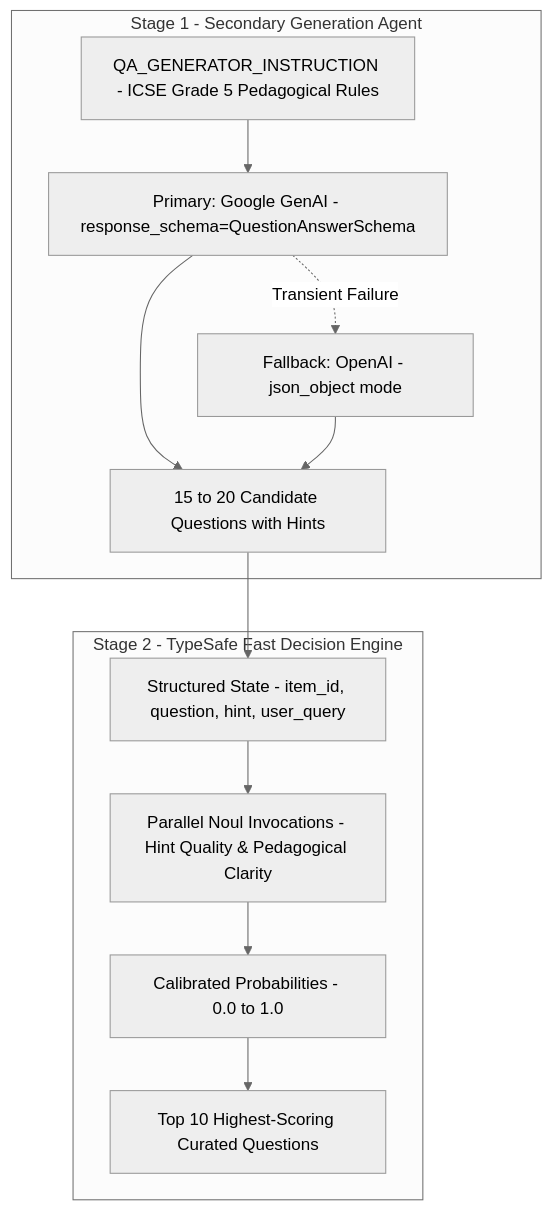
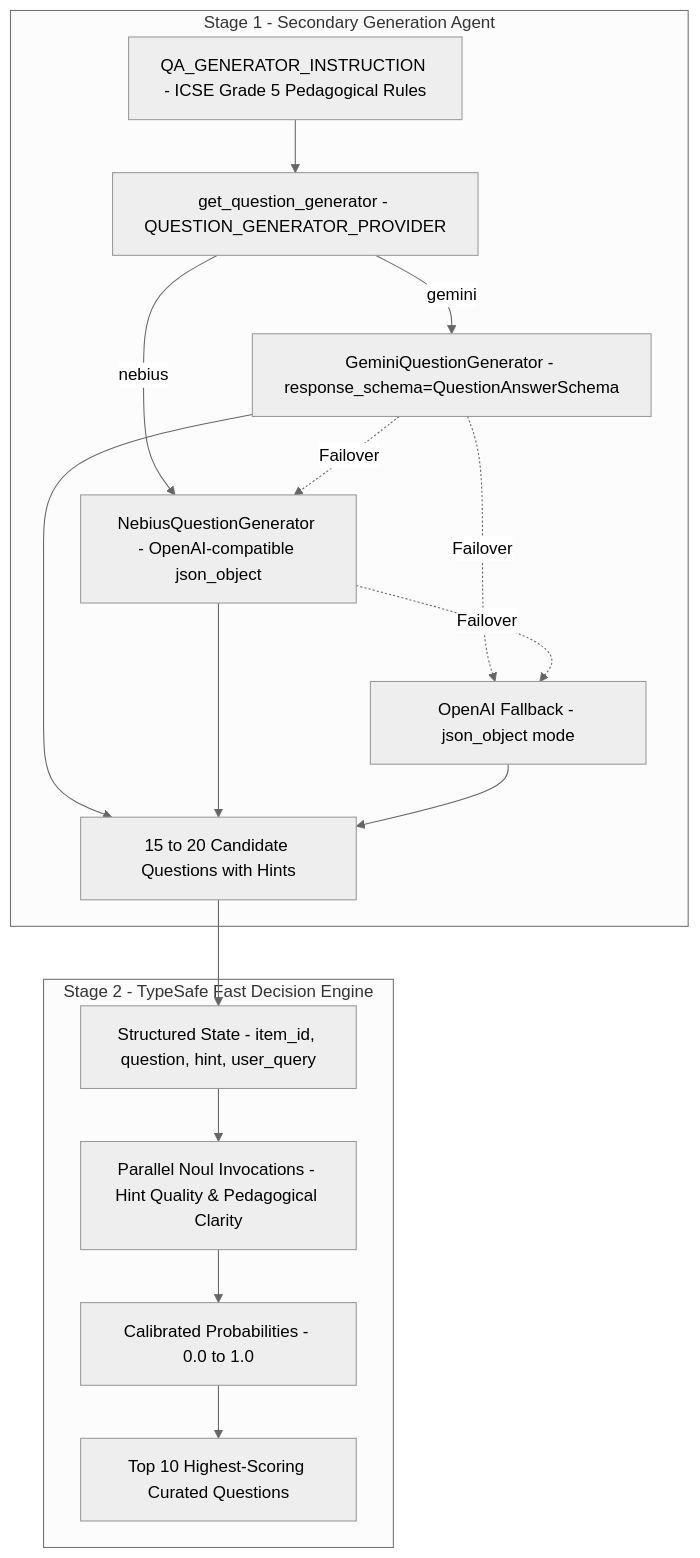
The diagram in docs/question-generation.mdx (AmritSDutta/Aryhant), drawn with Mermaid (neutral theme) before and after one commit. The commit also changed other lines of this file and 11 other files, not shown here.

````diff
--- a/docs/question-generation.mdx
+++ b/docs/question-generation.mdx
@@ -12,23 +14,30 @@
 ```mermaid
 flowchart TD
   subgraph Stage1["Stage 1 - Secondary Generation Agent"]
     Prompt["QA_GENERATOR_INSTRUCTION - ICSE Grade 5 Pedagogical Rules"]
-    GenAI["Primary: Google GenAI - response_schema=QuestionAnswerSchema"]
-    OpenAI["Fallback: OpenAI - json_object mode"]
+    Factory["get_question_generator - QUESTION_GENERATOR_PROVIDER"]
+    GenAI["GeminiQuestionGenerator - response_schema=QuestionAnswerSchema"]
+    Nebius["NebiusQuestionGenerator - OpenAI-compatible json_object"]
+    OpenAI["OpenAI Fallback - json_object mode"]
     Candidates["15 to 20 Candidate Questions with Hints"]
   end
   subgraph Stage2["Stage 2 - TypeSafe Fast Decision Engine"]
     State["Structured State - item_id, question, hint, user_query"]
     Noul["Parallel Noul Invocations - Hint Quality & Pedagogical Clarity"]
     Score["Calibrated Probabilities - 0.0 to 1.0"]
     Top10["Top 10 Highest-Scoring Curated Questions"]
   end
-  Prompt --> GenAI
-  GenAI -.->|Transient Failure| OpenAI
+  Prompt --> Factory
+  Factory -->|gemini| GenAI
+  Factory -->|nebius| Nebius
+  GenAI -.->|Failover| Nebius
+  GenAI -.->|Failover| OpenAI
+  Nebius -.->|Failover| OpenAI
   GenAI --> Candidates
+  Nebius --> Candidates
   OpenAI --> Candidates
   Candidates --> State
   State --> Noul
   Noul --> Score
   Score --> Top10
 ```
````
